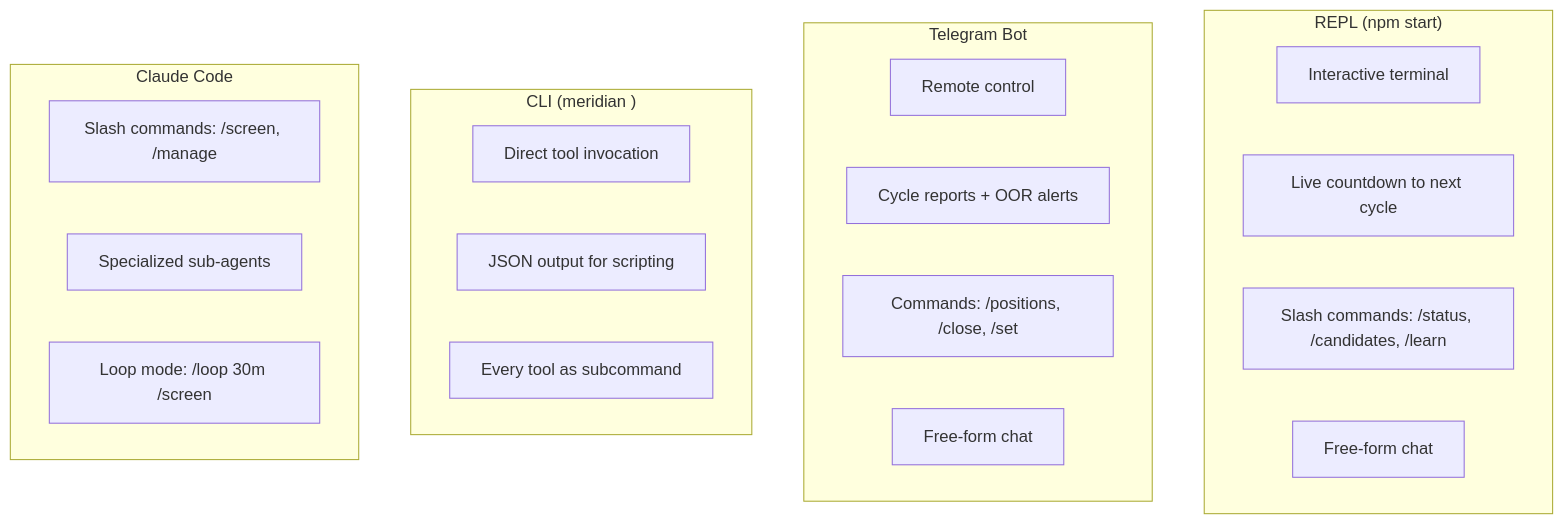
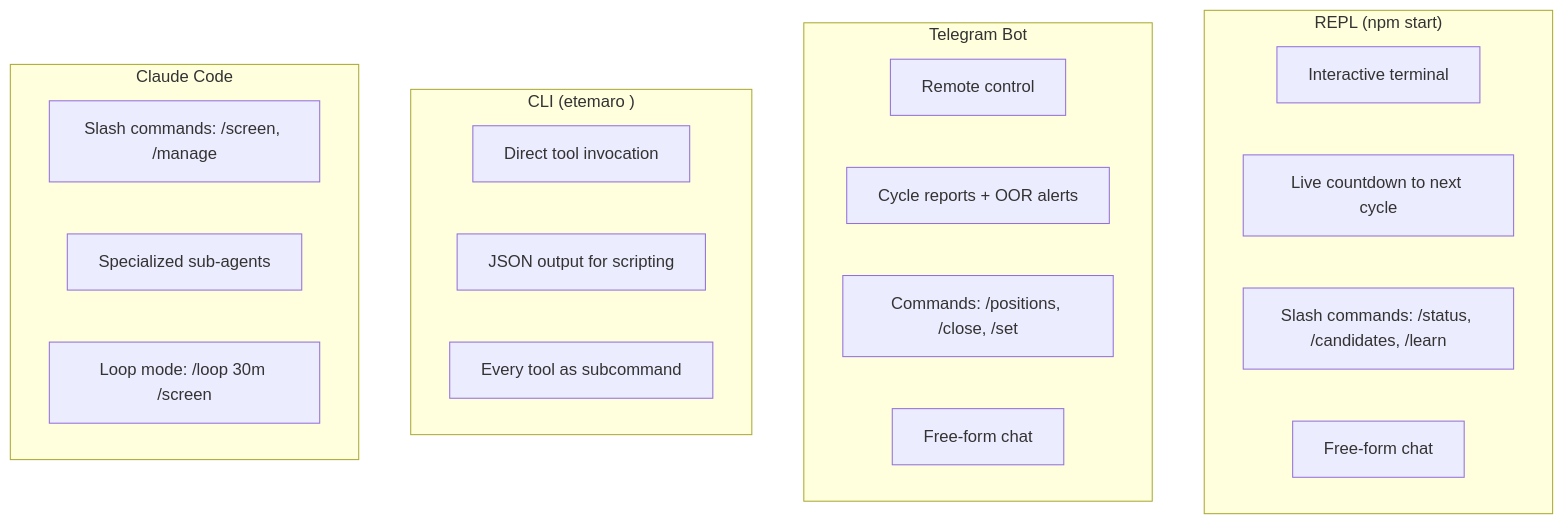
Diagram 18 of 19 in docs/FULL_FLOW.md (romankurnovskii/etemaro), drawn with Mermaid before and after one commit. The commit also changed other lines of this file and 28 other files, not shown here.

````diff
--- a/docs/FULL_FLOW.md
+++ b/docs/FULL_FLOW.md
@@ -710,28 +710,28 @@
 ```mermaid
 graph TD
     subgraph "REPL (npm start)"
         R1["Interactive terminal"]
         R2["Live countdown to next cycle"]
         R3["Slash commands: /status, /candidates, /learn"]
         R4["Free-form chat"]
     end
 
     subgraph "Telegram Bot"
         T1["Remote control"]
         T2["Cycle reports + OOR alerts"]
         T3["Commands: /positions, /close, /set"]
         T4["Free-form chat"]
     end
 
-    subgraph "CLI (meridian <cmd>)"
+    subgraph "CLI (etemaro <cmd>)"
         C1["Direct tool invocation"]
         C2["JSON output for scripting"]
         C3["Every tool as subcommand"]
     end
 
     subgraph "Claude Code"
         CC1["Slash commands: /screen, /manage"]
         CC2["Specialized sub-agents"]
         CC3["Loop mode: /loop 30m /screen"]
     end
 ```
````
